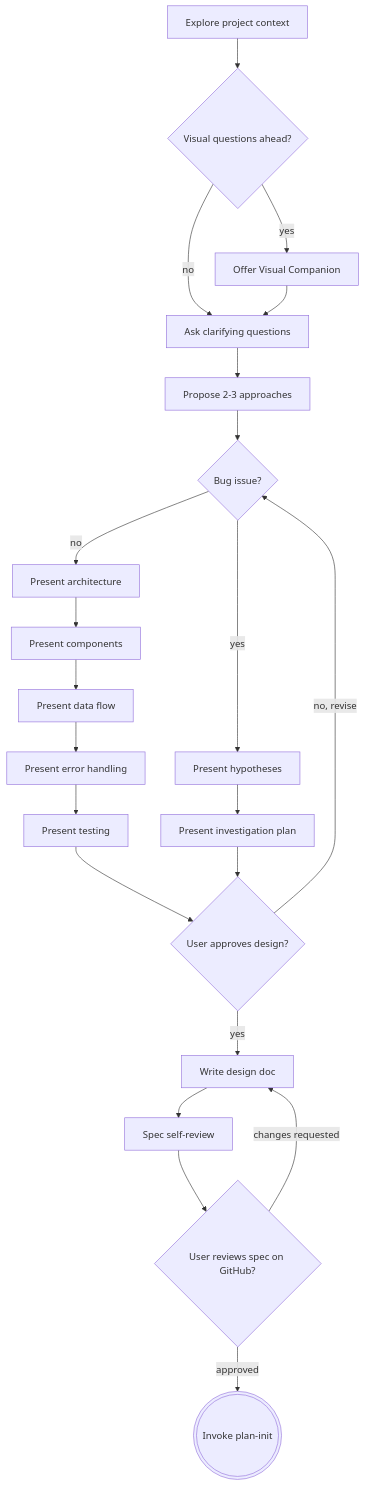
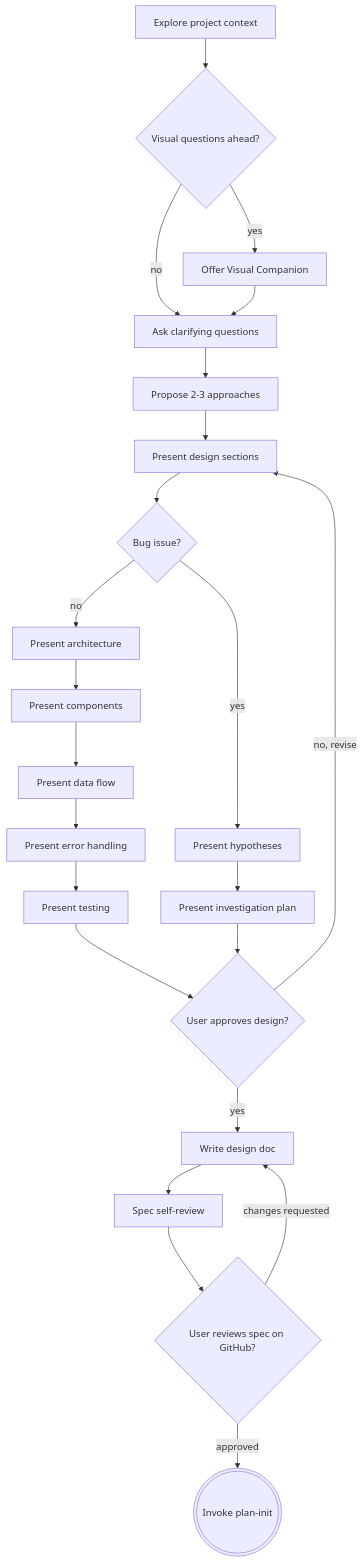
The diagram in 0k/skills/refine/SKILL.md (0k-software/.github), drawn with Mermaid before and after one commit.

Commit message:
fix(refine): loop revision back to design sections, not bug decision node
Adds a "Present design sections" intermediary node (PD) between
"Propose 2-3 approaches" and the "Bug issue?" branch, and redirects the
"no, revise" edge from G back to PD instead of F — so revision cycles
return to the design presentation phase rather than re-evaluating the
bug/feature split.

````diff
--- a/0k/skills/refine/SKILL.md
+++ b/0k/skills/refine/SKILL.md
@@ -61,24 +61,25 @@
 ```mermaid
 flowchart TD
     A[Explore project context] --> B{Visual questions ahead?}
     B -->|yes| C[Offer Visual Companion]
     B -->|no| D[Ask clarifying questions]
     C --> D
     D --> E[Propose 2-3 approaches]
-    E --> F{Bug issue?}
+    E --> PD[Present design sections]
+    PD --> F{Bug issue?}
     F -->|no| F1[Present architecture]
     F1 --> F2[Present components]
     F2 --> F3[Present data flow]
     F3 --> F4[Present error handling]
     F4 --> F5[Present testing]
     F -->|yes| B1[Present hypotheses]
     B1 --> B2[Present investigation plan]
     F5 --> G{User approves design?}
     B2 --> G
-    G -->|no, revise| F
+    G -->|no, revise| PD
     G -->|yes| H[Write design doc]
     H --> I[Spec self-review]
     I --> J{User reviews spec on GitHub?}
     J -->|changes requested| H
     J -->|approved| K(((Invoke plan-init)))
 ```
````
